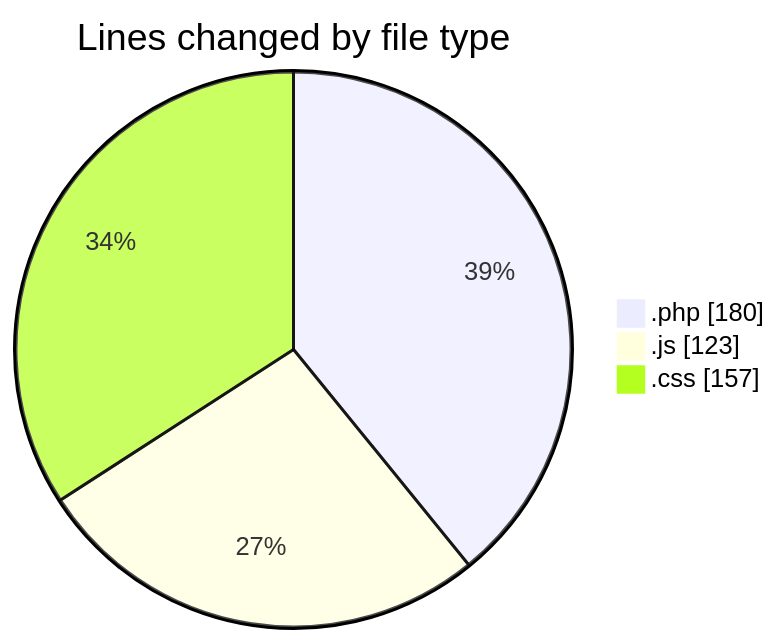
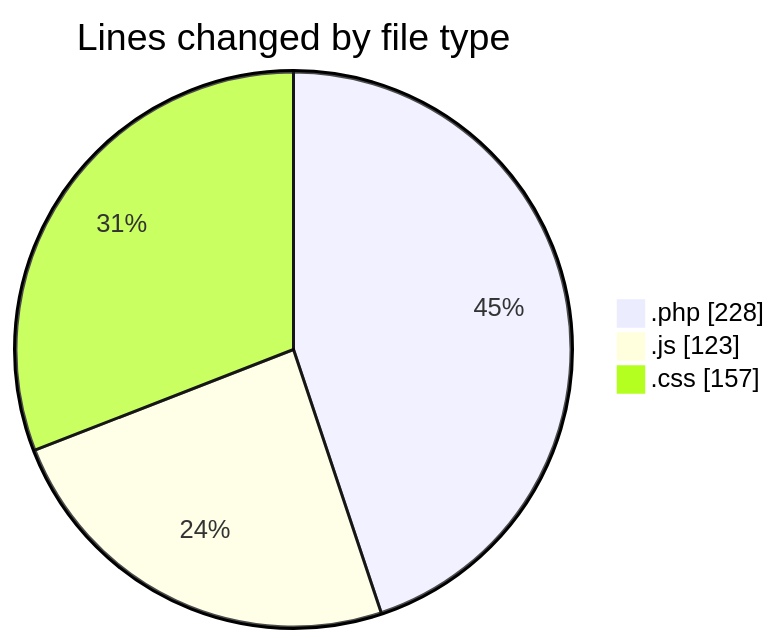
The first of 2 diagrams in 2025-10-28/untitled__workspace_/README.md (debugP/code-tracking), drawn with Mermaid before and after one commit. The commit also changed other lines of this file and 1 other file, not shown here.

````diff
--- a/2025-10-28/untitled__workspace_/README.md
+++ b/2025-10-28/untitled__workspace_/README.md
@@ -22,7 +22,7 @@
 ```mermaid
 pie showData
 title Lines changed by file type
-".php" : 180
+".php" : 228
 ".js" : 123
 ".css" : 157
 ```
````
